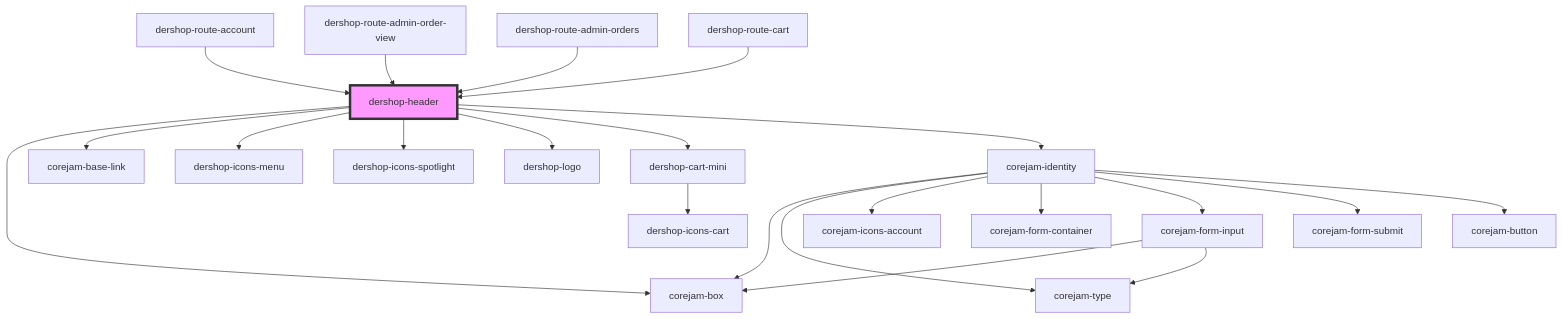
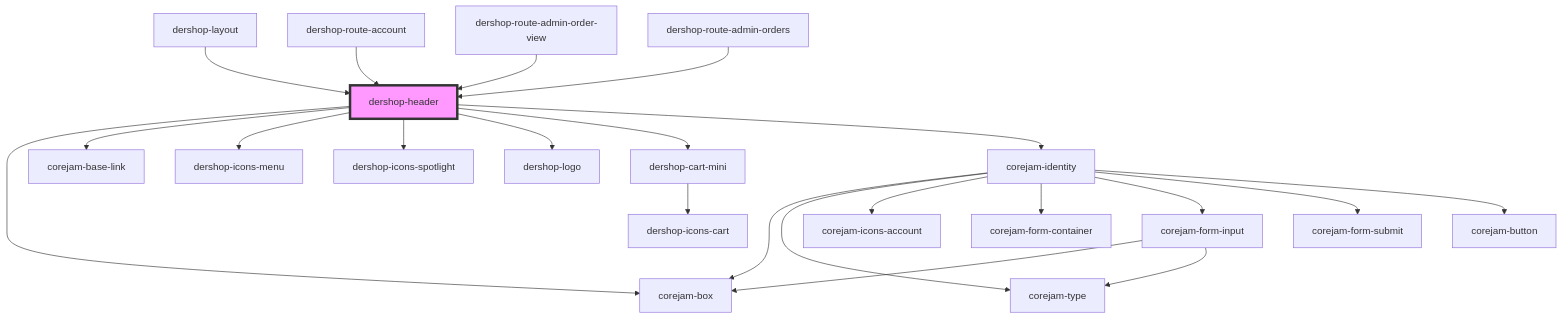
The diagram in packages/plugins/dershop/app/components/dershop-header/readme.md (corejam/corejam), drawn with Mermaid before and after one commit. The commit also changed other lines of this file and 165 other files, not shown here.

````diff
--- a/packages/plugins/dershop/app/components/dershop-header/readme.md
+++ b/packages/plugins/dershop/app/components/dershop-header/readme.md
@@ -37,25 +37,25 @@
 ```mermaid
 graph TD;
   dershop-header --> corejam-box
   dershop-header --> corejam-base-link
   dershop-header --> dershop-icons-menu
   dershop-header --> dershop-icons-spotlight
   dershop-header --> dershop-logo
   dershop-header --> dershop-cart-mini
   dershop-header --> corejam-identity
   dershop-cart-mini --> dershop-icons-cart
   corejam-identity --> corejam-box
   corejam-identity --> corejam-type
   corejam-identity --> corejam-icons-account
   corejam-identity --> corejam-form-container
   corejam-identity --> corejam-form-input
   corejam-identity --> corejam-form-submit
   corejam-identity --> corejam-button
   corejam-form-input --> corejam-box
   corejam-form-input --> corejam-type
+  dershop-layout --> dershop-header
   dershop-route-account --> dershop-header
   dershop-route-admin-order-view --> dershop-header
   dershop-route-admin-orders --> dershop-header
-  dershop-route-cart --> dershop-header
   style dershop-header fill:#f9f,stroke:#333,stroke-width:4px
 ```
````
